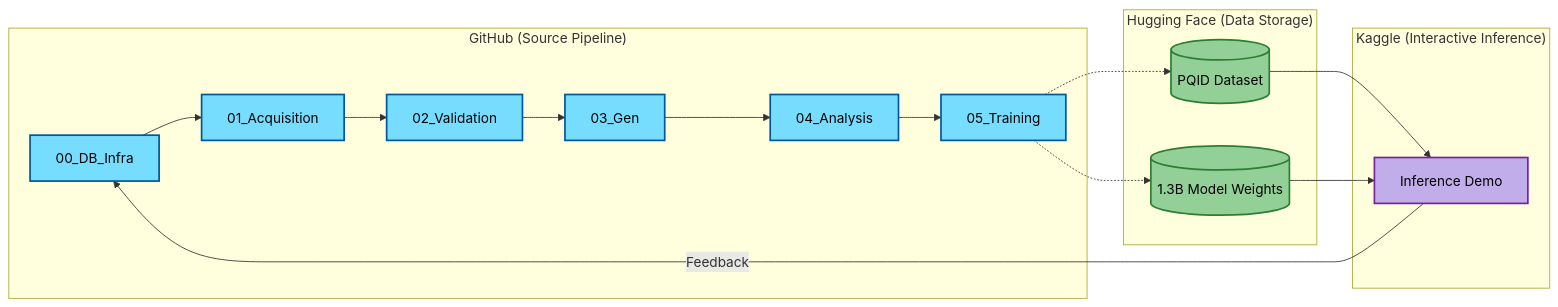
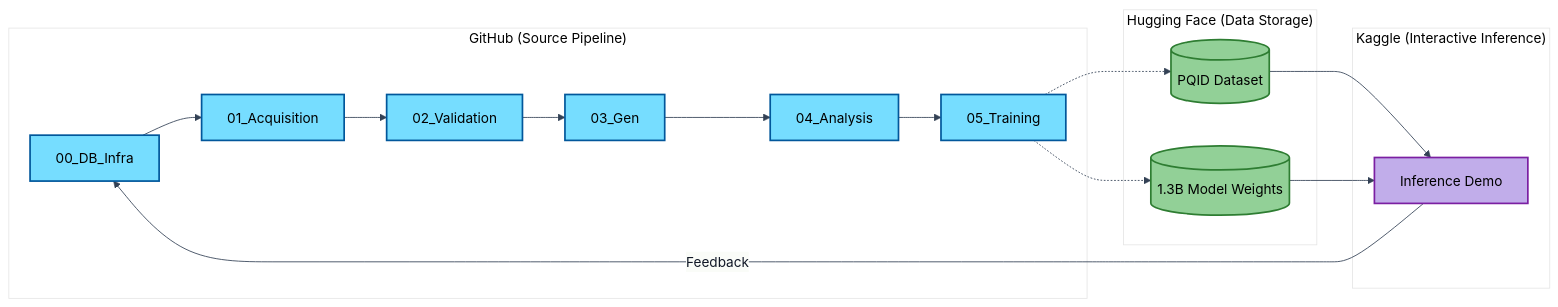
One commit to Elias-Abebe-Gasparini/PQID-Dataset changed the first of 4 diagrams in README.md. Above: the diagram before and after it, drawn with Mermaid. The commit also changed other lines of this file and 1 other file, not shown here.

````diff
--- a/README.md
+++ b/README.md
@@ -66,36 +66,37 @@
 ```mermaid
+%%{init: {'theme': 'base', 'themeVariables': {'background': '#ffffff', 'mainBkg': '#ffffff', 'primaryColor': '#f8fafc', 'primaryTextColor': '#111827', 'primaryBorderColor': '#334155', 'lineColor': '#334155', 'textColor': '#111827', 'fontFamily': 'Arial, sans-serif'}}}%%
 graph LR
 %% Class Definitions (Added color:#000000 to force black text)
     classDef github fill:#76ddff,stroke:#01579b,stroke-width:2px,color:#000000;
     classDef hf fill:#92d097,stroke:#2e7d32,stroke-width:2px,color:#000000;
     classDef kaggle fill:#c1adea,stroke:#7b1fa2,stroke-width:2px,color:#000000;
 
     subgraph "GitHub (Source Pipeline)"
         A[00_DB_Infra] --> B[01_Acquisition]
         B --> C[02_Validation]
         C --> D[03_Gen]
         D --> E[04_Analysis]
         E --> F[05_Training]
     end
 
     subgraph "Hugging Face (Data Storage)"
         G[(PQID Dataset)]
         H[(1.3B Model Weights)]
     end
 
     subgraph "Kaggle (Interactive Inference)"
         I[Inference Demo]
     end
 
     %% Applying Classes
     class A,B,C,D,E,F github;
     class G,H hf;
     class I kaggle;
 
     %% Connections
     F -.-> G
     F -.-> H
     G --> I
     H --> I
     I -- Feedback --> A
 ```
````
